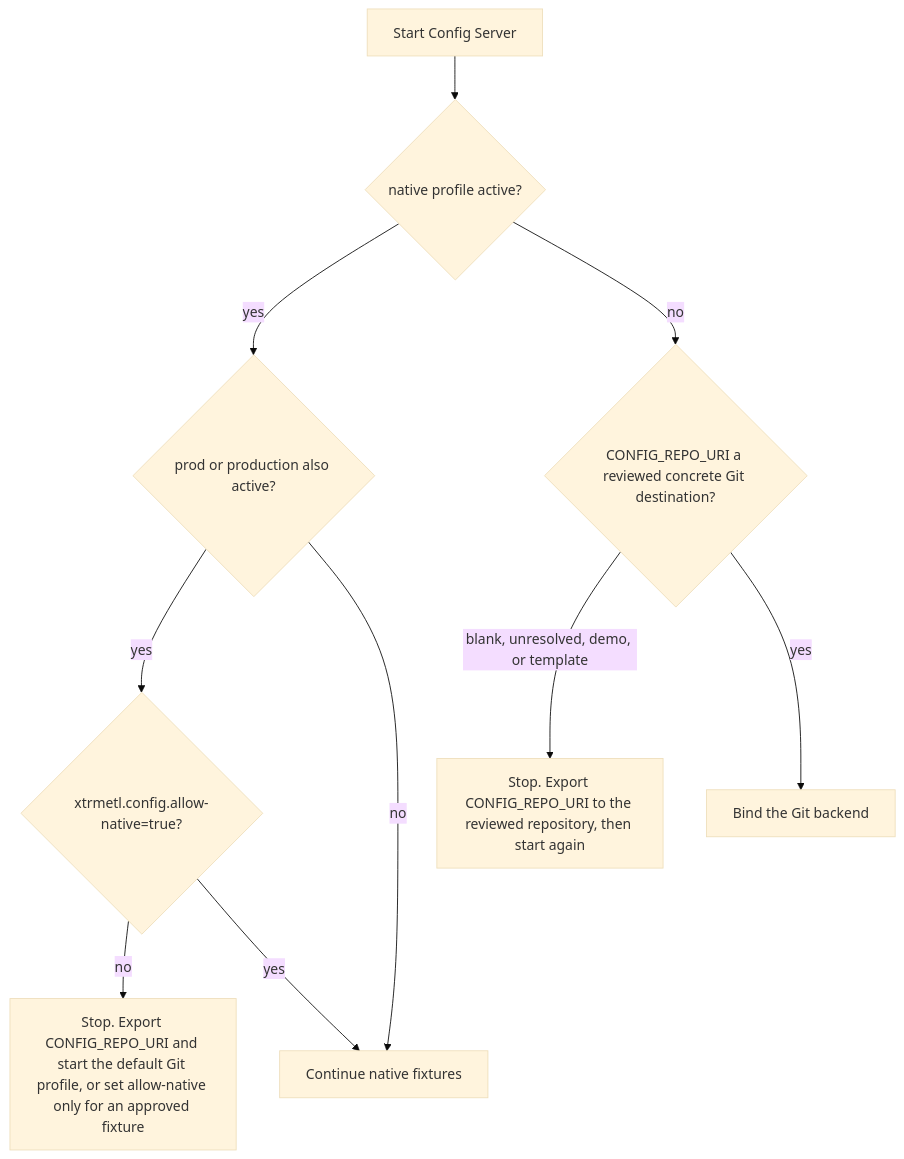
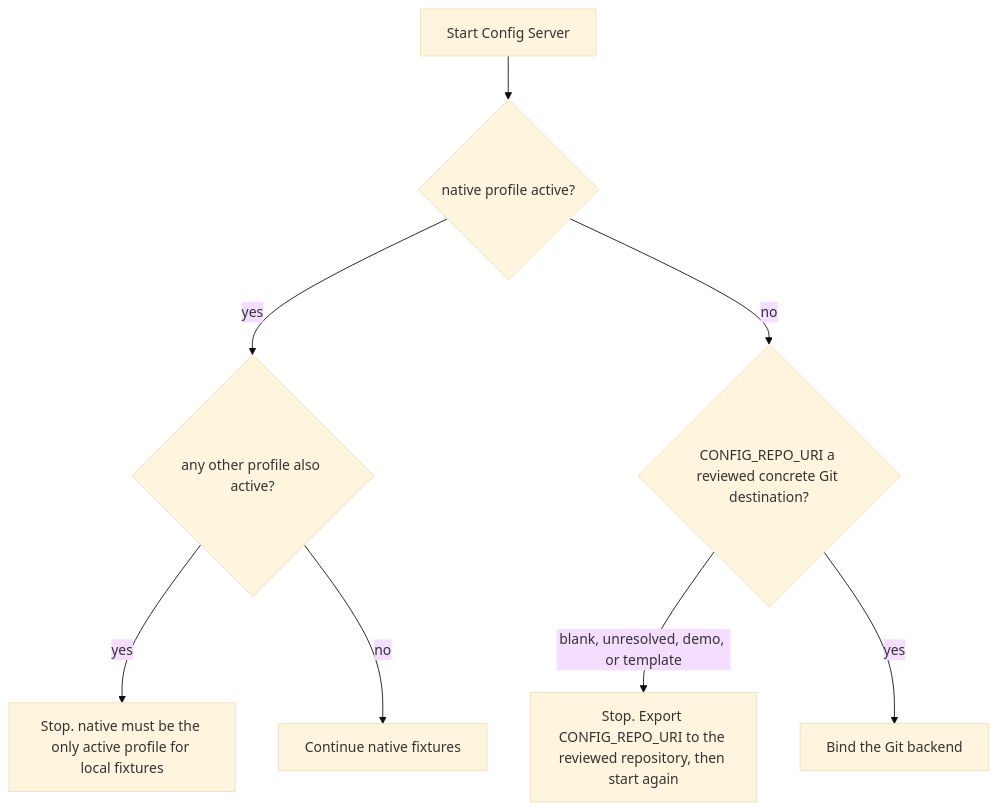
One commit to ContextualWisdomLab/mightyETL changed the diagram in docs/doctoring/config-server-repository-authority.md. Above: the diagram before and after it, drawn with Mermaid (base theme). The commit also changed other lines of this file and 10 other files, not shown here.

First line of the commit message:
fix(config): inherit fail-closed evidence onto Config Server authority

````diff
--- a/docs/doctoring/config-server-repository-authority.md
+++ b/docs/doctoring/config-server-repository-authority.md
@@ -7,12 +7,10 @@
 ```mermaid
 flowchart TD
   start[Start Config Server] --> native{native profile active?}
-  native -->|yes| prod{prod or production also active?}
-  prod -->|yes| allow{xtrmetl.config.allow-native=true?}
-  allow -->|no| failNative[Stop. Export CONFIG_REPO_URI and start the default Git profile, or set allow-native only for an approved fixture]
-  allow -->|yes| fixtures[Continue native fixtures]
-  prod -->|no| fixtures
+  native -->|yes| mixed{any other profile also active?}
+  mixed -->|yes| failNative[Stop. native must be the only active profile for local fixtures]
+  mixed -->|no| fixtures[Continue native fixtures]
   native -->|no| uri{CONFIG_REPO_URI a reviewed concrete Git destination?}
   uri -->|blank, unresolved, demo, or template| failUri[Stop. Export CONFIG_REPO_URI to the reviewed repository, then start again]
   uri -->|yes| git[Bind the Git backend]
 ```
````
